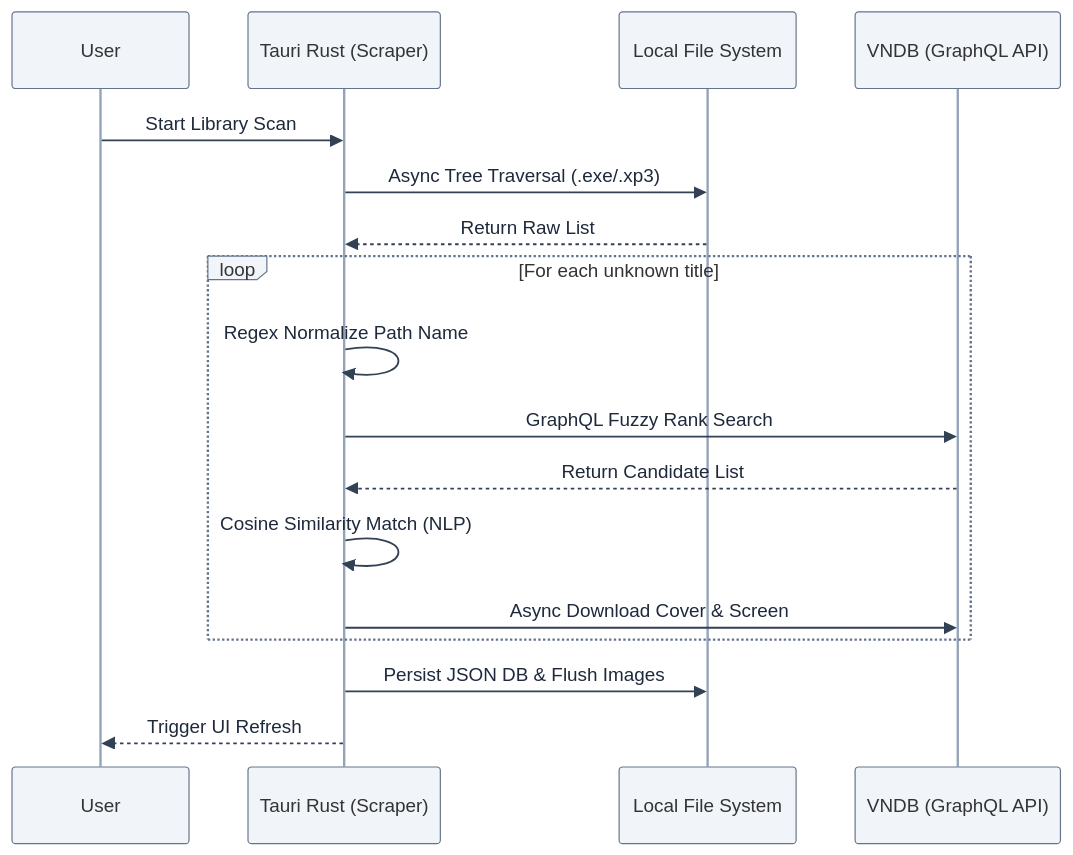
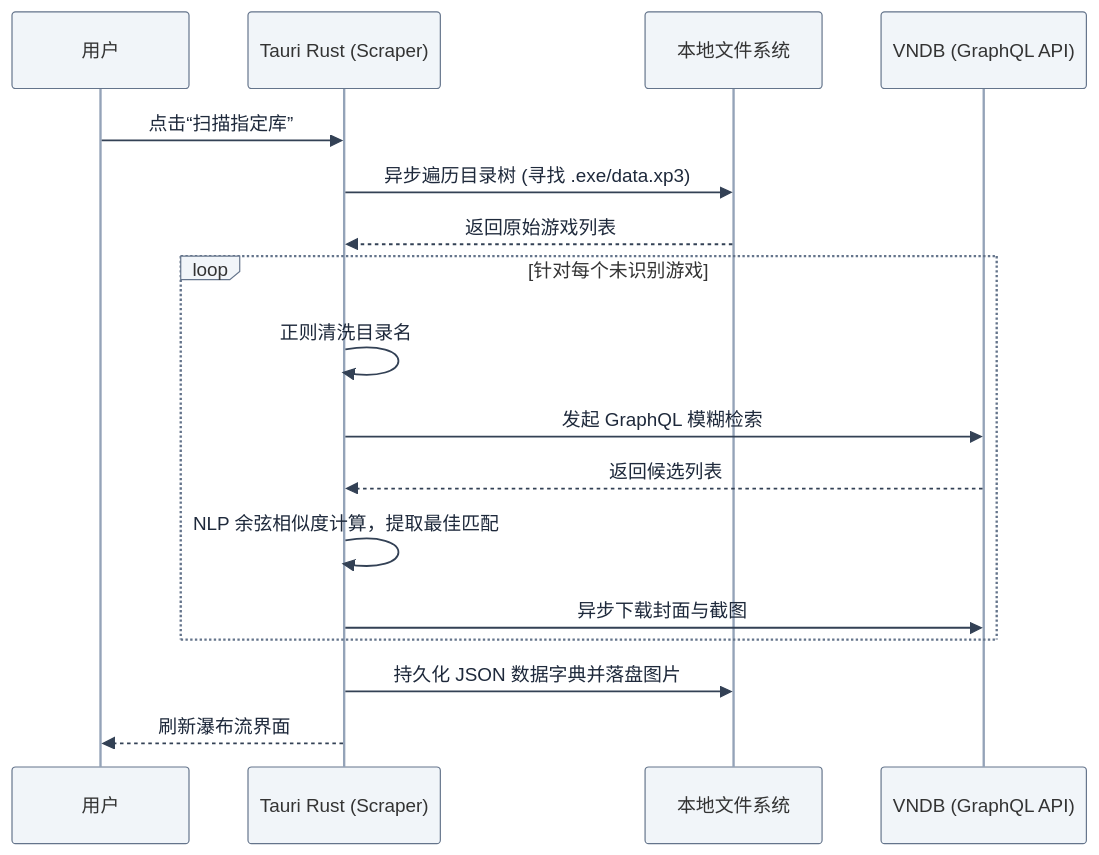
One commit to Roxy-DD/galremote changed the third of 5 diagrams in thesis/chapter4/system_design.md. Above: the diagram before and after it, drawn with Mermaid. The commit also changed other lines of this file, not shown here.

Commit message:
style(thesis): revert diagrams text to Chinese while keeping the flat academic style

````diff
--- a/thesis/chapter4/system_design.md
+++ b/thesis/chapter4/system_design.md
@@ -103,23 +103,23 @@
 ```mermaid
 %%{init: {'theme': 'base', 'themeVariables': { 'actorBkg': '#F1F5F9', 'actorBorder': '#64748B', 'actorLineColor': '#94A3B8', 'signalColor': '#334155', 'signalTextColor': '#1E293B', 'fontFamily': 'arial'}}}%%
 sequenceDiagram
-    participant User
+    participant User as 用户
     participant Rust as Tauri Rust (Scraper)
-    participant FS as Local File System
+    participant FS as 本地文件系统
     participant VNDB as VNDB (GraphQL API)
     
-    User->>Rust: Start Library Scan
-    Rust->>FS: Async Tree Traversal (.exe/.xp3)
-    FS-->>Rust: Return Raw List
+    User->>Rust: 点击“扫描指定库”
+    Rust->>FS: 异步遍历目录树 (寻找 .exe/data.xp3)
+    FS-->>Rust: 返回原始游戏列表
     
-    loop For each unknown title
-        Rust->>Rust: Regex Normalize Path Name
-        Rust->>VNDB: GraphQL Fuzzy Rank Search
-        VNDB-->>Rust: Return Candidate List
-        Rust->>Rust: Cosine Similarity Match (NLP)
-        Rust->>VNDB: Async Download Cover & Screen
+    loop 针对每个未识别游戏
+        Rust->>Rust: 正则清洗目录名
+        Rust->>VNDB: 发起 GraphQL 模糊检索
+        VNDB-->>Rust: 返回候选列表
+        Rust->>Rust: NLP 余弦相似度计算，提取最佳匹配
+        Rust->>VNDB: 异步下载封面与截图
     end
     
-    Rust->>FS: Persist JSON DB & Flush Images
-    Rust-->>User: Trigger UI Refresh
+    Rust->>FS: 持久化 JSON 数据字典并落盘图片
+    Rust-->>User: 刷新瀑布流界面
 ```
````
